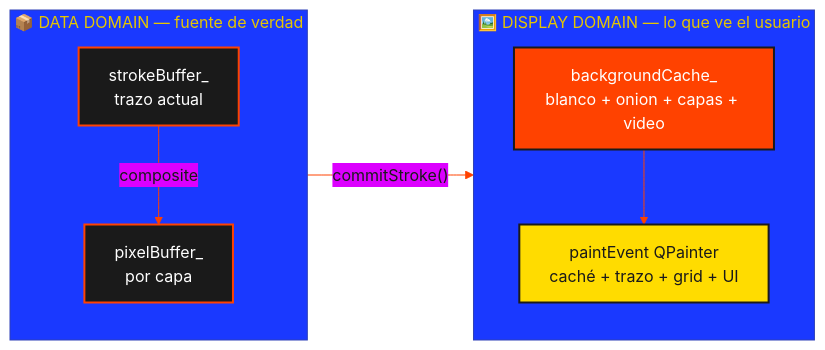
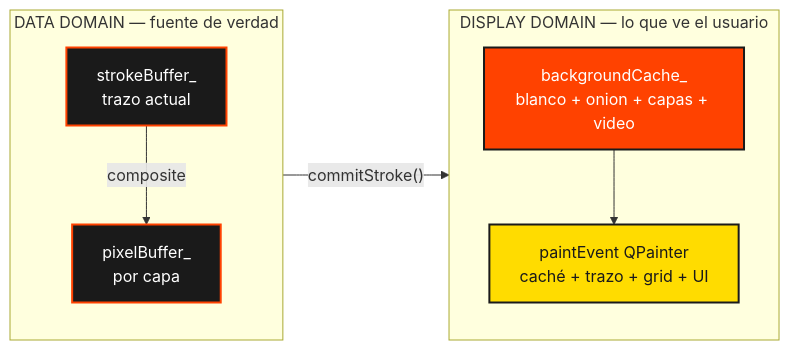
The second of 3 diagrams in README.md (freeanimationpower/FreeAnimationPower), drawn with Mermaid before and after one commit. The commit also changed other lines of this file, not shown here.

Commit message:
Fix mermaid syntax for GitHub renderer

````diff
--- a/README.md
+++ b/README.md
@@ -217,24 +216,23 @@
 ```mermaid
 flowchart LR
-%%{init: {'theme': 'base', 'themeVariables': {'primaryColor': '#ffdc00', 'primaryBorderColor': '#1a1a1a', 'primaryTextColor': '#1a1a1a', 'lineColor': '#ff4200', 'fontFamily': 'Segoe UI'}}}%%
     classDef ui fill:#ffdc00,stroke:#1a1a1a,color:#1a1a1a,stroke-width:2px;
     classDef engine fill:#ff4200,stroke:#1a1a1a,color:#ffffff,stroke-width:2px;
     classDef data fill:#1a1a1a,stroke:#ff4200,color:#ffffff,stroke-width:2px;
-    classDef ext fill:#ffffff,stroke:#1a1a1a,color:#1a1a1a,stroke-width:2px,stroke-dasharray:6 3;
-        subgraph DATA["📦 DATA DOMAIN — fuente de verdad"]
+    classDef ext fill:#ffffff,stroke:#1a1a1a,color:#1a1a1a,stroke-width:2px;
+        subgraph DATA["DATA DOMAIN — fuente de verdad"]
             direction TB
             PX["pixelBuffer_<br/>por capa"]
             ST["strokeBuffer_<br/>trazo actual"]
         end
-        subgraph DISP["🖼️ DISPLAY DOMAIN — lo que ve el usuario"]
+        subgraph DISP["DISPLAY DOMAIN — lo que ve el usuario"]
             direction TB
             BG["backgroundCache_<br/>blanco + onion + capas + video"]
             PA["paintEvent QPainter<br/>caché + trazo + grid + UI"]
         end
         ST -- "composite" --> PX
         PX -- "commitStroke()" --> BG
         BG --> PA
         class PX,ST data
         class BG engine
         class PA ui
 ```
````
